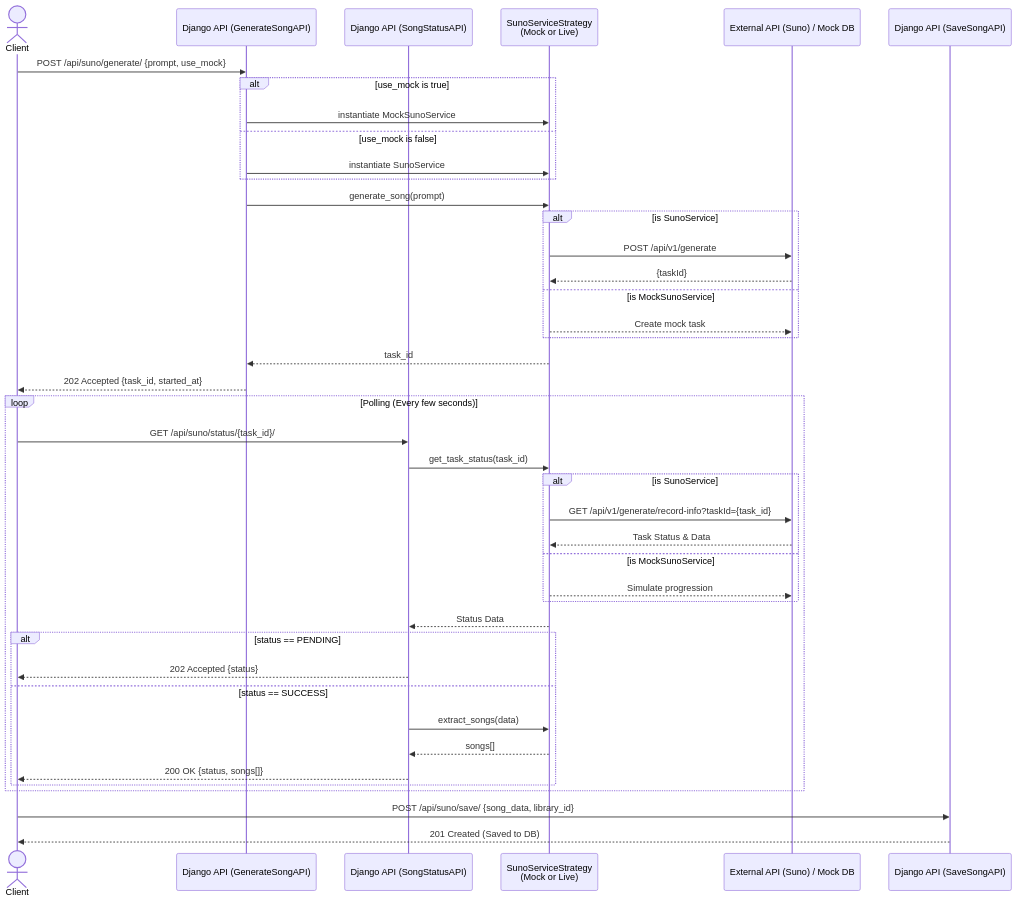
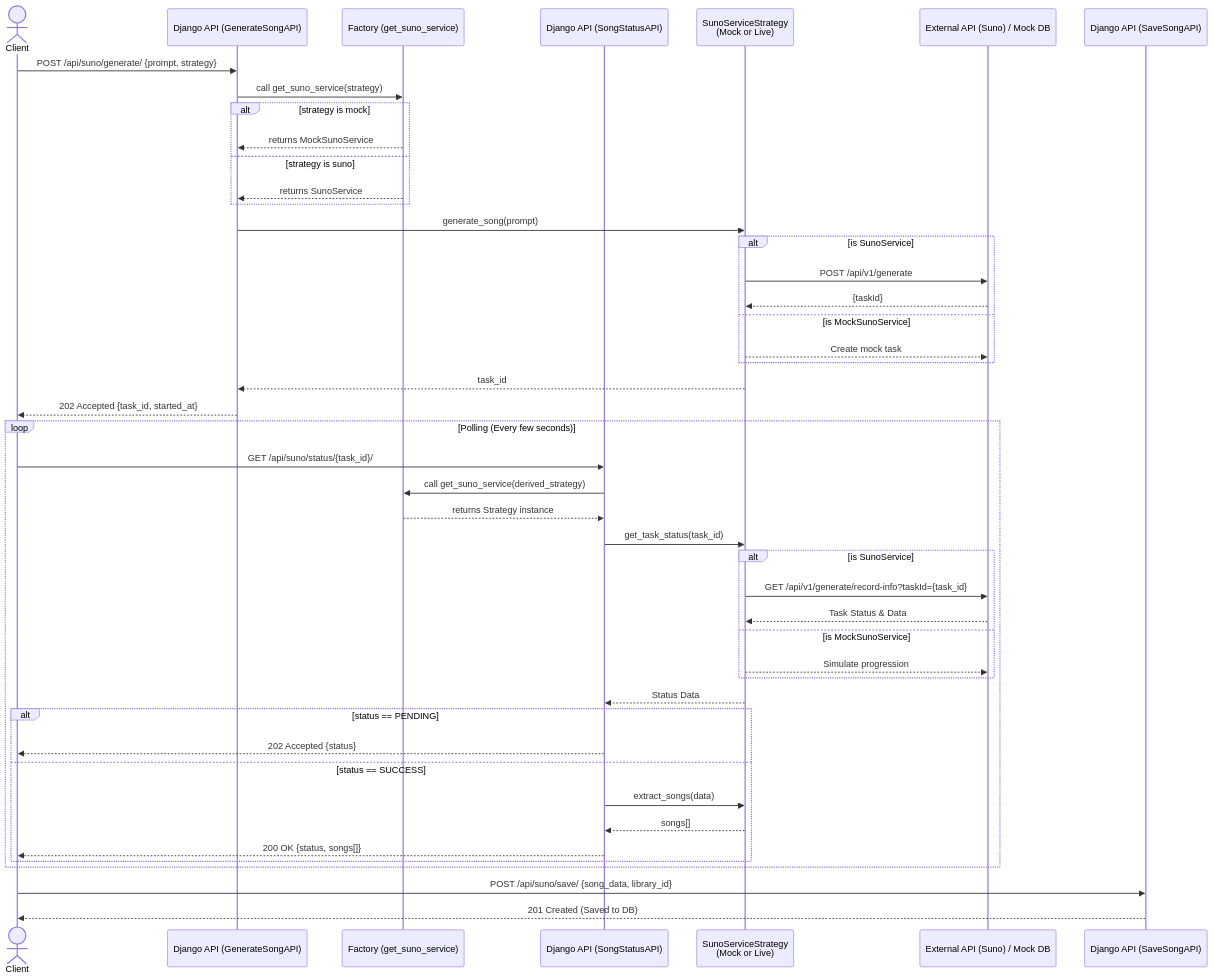
Before and after one commit to ScUth/Jangplen: the second of 2 diagrams in README.md, drawn with Mermaid. The commit also changed other lines of this file and 15 other files, not shown here.

````diff
--- a/README.md
+++ b/README.md
@@ -270,51 +293,55 @@
 ```mermaid
 sequenceDiagram
     actor Client
     participant API as Django API (GenerateSongAPI)
+    participant Factory as Factory (get_suno_service)
     participant StatusAPI as Django API (SongStatusAPI)
     participant Strategy as SunoServiceStrategy<br/>(Mock or Live)
     participant Provider as External API (Suno) / Mock DB
 
-    Client->>API: POST /api/suno/generate/ {prompt, use_mock}
-    alt use_mock is true
-        API->>Strategy: instantiate MockSunoService
-    else use_mock is false
-        API->>Strategy: instantiate SunoService
+    Client->>API: POST /api/suno/generate/ {prompt, strategy}
+    API->>Factory: call get_suno_service(strategy)
+    alt strategy is mock
+        Factory-->>API: returns MockSunoService
+    else strategy is suno
+        Factory-->>API: returns SunoService
     end
     API->>Strategy: generate_song(prompt)
     
     alt is SunoService
         Strategy->>Provider: POST /api/v1/generate
         Provider-->>Strategy: {taskId}
     else is MockSunoService
         Strategy-->>Provider: Create mock task
     end
     
     Strategy-->>API: task_id
     API-->>Client: 202 Accepted {task_id, started_at}
 
     loop Polling (Every few seconds)
         Client->>StatusAPI: GET /api/suno/status/{task_id}/
+        StatusAPI->>Factory: call get_suno_service(derived_strategy)
+        Factory-->>StatusAPI: returns Strategy instance
         StatusAPI->>Strategy: get_task_status(task_id)
         
         alt is SunoService
             Strategy->>Provider: GET /api/v1/generate/record-info?taskId={task_id}
             Provider-->>Strategy: Task Status & Data
         else is MockSunoService
             Strategy-->>Provider: Simulate progression
         end
         
         Strategy-->>StatusAPI: Status Data
         
         alt status == PENDING
             StatusAPI-->>Client: 202 Accepted {status}
         else status == SUCCESS
             StatusAPI->>Strategy: extract_songs(data)
             Strategy-->>StatusAPI: songs[]
             StatusAPI-->>Client: 200 OK {status, songs[]}
         end
     end
     
     Client->>Django API (SaveSongAPI): POST /api/suno/save/ {song_data, library_id}
     Django API (SaveSongAPI)-->>Client: 201 Created (Saved to DB)
 ```
````
